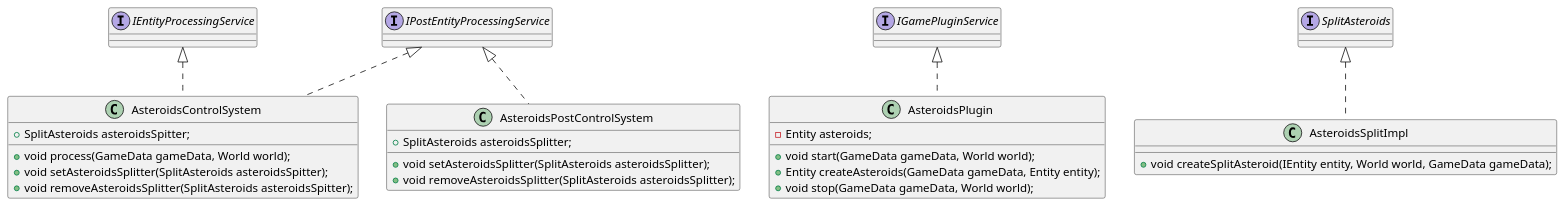
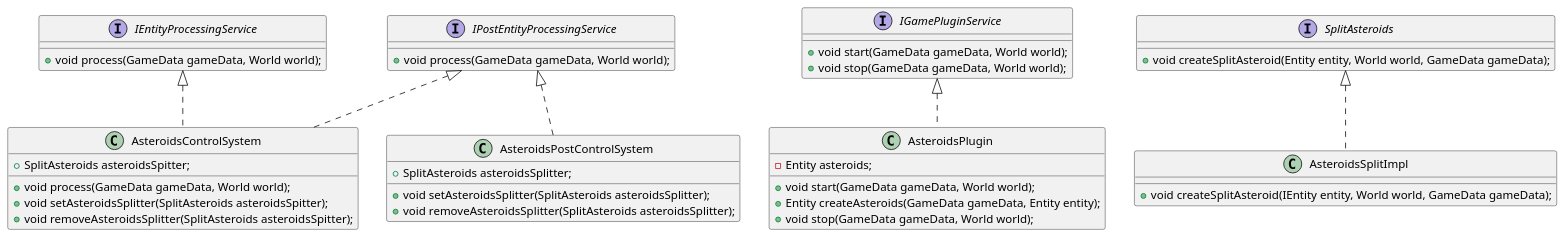
Before and after one commit to vimis22/PlantUML-Diagrams: the diagram in diagrams/classbased_uml/Asteroids.puml, drawn with PlantUML. The commit also changed 8 other files, not shown here.

Commit message:
Rebuilding Sequencebased Diagrams.

```diff
--- a/diagrams/classbased_uml/Asteroids.puml
+++ b/diagrams/classbased_uml/Asteroids.puml
@@ -1,28 +1,44 @@
 @startuml
 'https://plantuml.com/class-diagram
+
+interface IEntityProcessingService{
++ void process(GameData gameData, World world);
+}
+interface IGamePluginService{
++ void start(GameData gameData, World world);
++ void stop(GameData gameData, World world);
+}
+
+interface IPostEntityProcessingService{
++ void process(GameData gameData, World world);
+}
+
+interface SplitAsteroids{
++ void createSplitAsteroid(Entity entity, World world, GameData gameData);
+}
 
 class AsteroidsControlSystem implements IEntityProcessingService, IPostEntityProcessingService{
 + SplitAsteroids asteroidsSpitter;
 + void process(GameData gameData, World world);
 + void setAsteroidsSplitter(SplitAsteroids asteroidsSpitter);
 + void removeAsteroidsSplitter(SplitAsteroids asteroidsSpitter);
 }
 
 class AsteroidsPlugin implements IGamePluginService{
 - Entity asteroids;
 + void start(GameData gameData, World world);
 + Entity createAsteroids(GameData gameData, Entity entity);
 + void stop(GameData gameData, World world);
 }
 
 class AsteroidsPostControlSystem implements IPostEntityProcessingService{
 + SplitAsteroids asteroidsSplitter;
 + void setAsteroidsSplitter(SplitAsteroids asteroidsSplitter);
 + void removeAsteroidsSplitter(SplitAsteroids asteroidsSplitter);
 }
 
 class AsteroidsSplitImpl implements SplitAsteroids{
 + void createSplitAsteroid(IEntity entity, World world, GameData gameData);
 }
 
 @enduml
```
